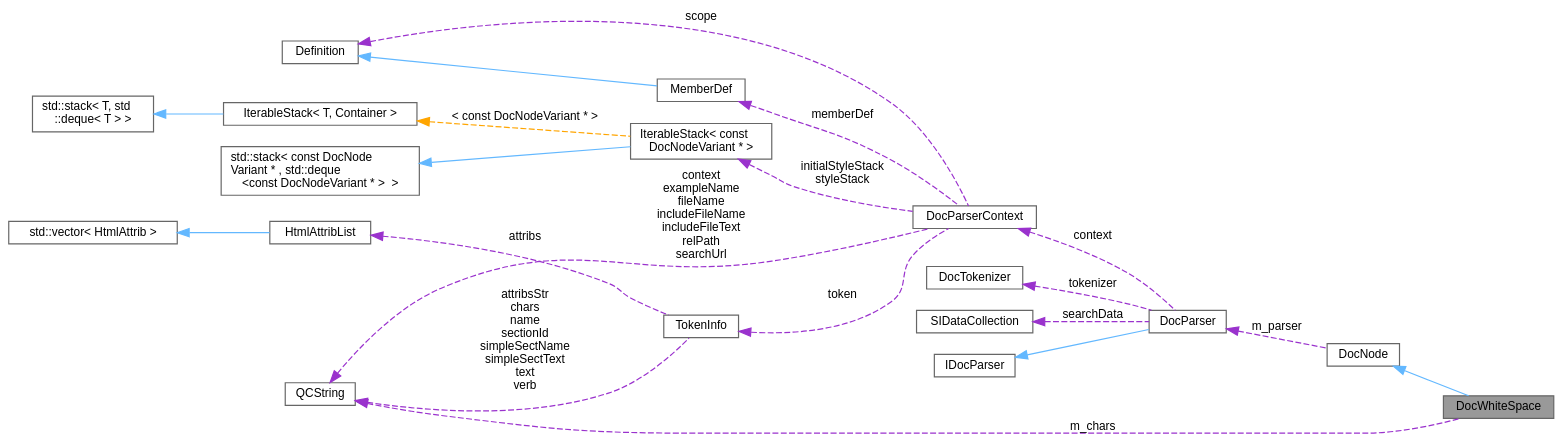
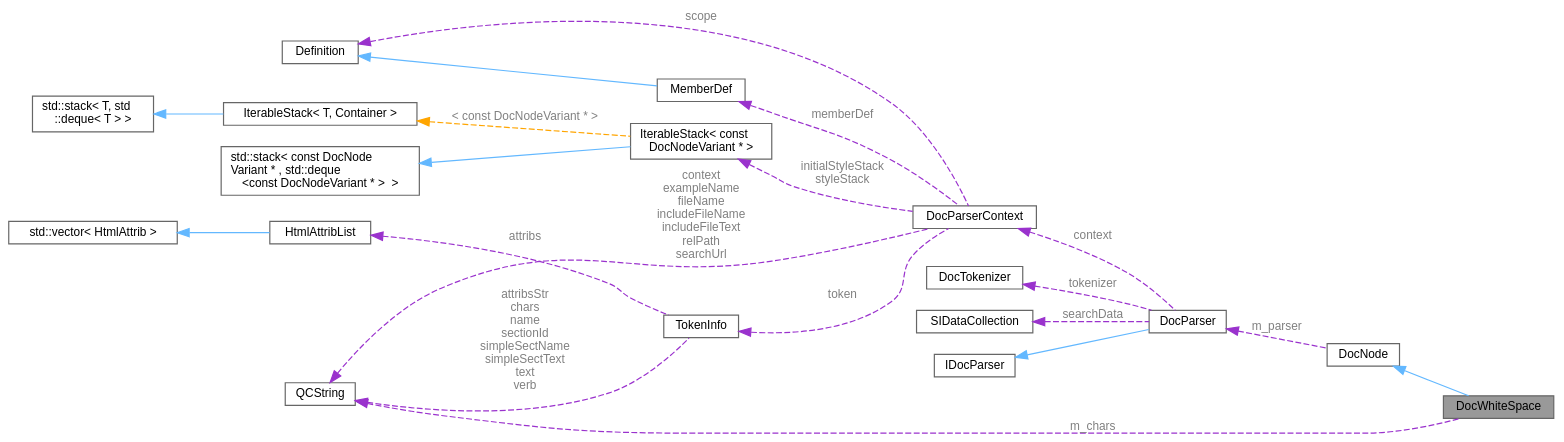
Before and after one commit to tim-gromeyer/doxygen: the diagram in d9/d83/class_doc_white_space__coll__graph.dot, drawn with Graphviz. The commit also changed 1823 other files, not shown here.

```diff
--- a/d9/d83/class_doc_white_space__coll__graph.dot
+++ b/d9/d83/class_doc_white_space__coll__graph.dot
@@ -1,45 +1,45 @@
 digraph "DocWhiteSpace"
 {
  // INTERACTIVE_SVG=YES
  // LATEX_PDF_SIZE
   bgcolor="transparent";
   edge [fontname=Helvetica,fontsize=10,labelfontname=Helvetica,labelfontsize=10];
   node [fontname=Helvetica,fontsize=10,shape=box,height=0.2,width=0.4];
   rankdir="LR";
   Node1 [label="DocWhiteSpace",height=0.2,width=0.4,color="gray40", fillcolor="grey60", style="filled", fontcolor="black",tooltip="Node representing some amount of white space."];
   Node2 -> Node1 [dir="back",color="steelblue1",style="solid"];
   Node2 [label="DocNode",height=0.2,width=0.4,color="gray40", fillcolor="white", style="filled",URL="$d9/d0e/class_doc_node.html",tooltip="Abstract node interface with type information."];
-  Node3 -> Node2 [dir="back",color="darkorchid3",style="dashed",label=" m_parser" ];
+  Node3 -> Node2 [dir="back",color="darkorchid3",style="dashed",label=" m_parser",fontcolor="grey" ];
   Node3 [label="DocParser",height=0.2,width=0.4,color="gray40", fillcolor="white", style="filled",URL="$da/d02/class_doc_parser.html",tooltip=" "];
   Node4 -> Node3 [dir="back",color="steelblue1",style="solid"];
   Node4 [label="IDocParser",height=0.2,width=0.4,color="gray40", fillcolor="white", style="filled",URL="$de/dad/class_i_doc_parser.html",tooltip="opaque parser interface"];
-  Node5 -> Node3 [dir="back",color="darkorchid3",style="dashed",label=" context" ];
+  Node5 -> Node3 [dir="back",color="darkorchid3",style="dashed",label=" context",fontcolor="grey" ];
   Node5 [label="DocParserContext",height=0.2,width=0.4,color="gray40", fillcolor="white", style="filled",URL="$d8/d7d/struct_doc_parser_context.html",tooltip="Parser's context to store all global variables."];
-  Node6 -> Node5 [dir="back",color="darkorchid3",style="dashed",label=" scope" ];
+  Node6 -> Node5 [dir="back",color="darkorchid3",style="dashed",label=" scope",fontcolor="grey" ];
   Node6 [label="Definition",height=0.2,width=0.4,color="gray40", fillcolor="white", style="filled",URL="$d5/dcc/class_definition.html",tooltip="The common base class of all entity definitions found in the sources."];
-  Node7 -> Node5 [dir="back",color="darkorchid3",style="dashed",label=" context\nexampleName\nfileName\nincludeFileName\nincludeFileText\nrelPath\nsearchUrl" ];
+  Node7 -> Node5 [dir="back",color="darkorchid3",style="dashed",label=" context\nexampleName\nfileName\nincludeFileName\nincludeFileText\nrelPath\nsearchUrl",fontcolor="grey" ];
   Node7 [label="QCString",height=0.2,width=0.4,color="gray40", fillcolor="white", style="filled",URL="$d9/d45/class_q_c_string.html",tooltip="This is an alternative implementation of QCString."];
-  Node8 -> Node5 [dir="back",color="darkorchid3",style="dashed",label=" initialStyleStack\nstyleStack" ];
+  Node8 -> Node5 [dir="back",color="darkorchid3",style="dashed",label=" initialStyleStack\nstyleStack",fontcolor="grey" ];
   Node8 [label="IterableStack\< const\l DocNodeVariant * \>",height=0.2,width=0.4,color="gray40", fillcolor="white", style="filled",URL="$d9/d82/class_iterable_stack.html",tooltip=" "];
   Node9 -> Node8 [dir="back",color="steelblue1",style="solid"];
   Node9 [label="std::stack\< const DocNode\lVariant * , std::deque\l\<const DocNodeVariant * \>  \>",height=0.2,width=0.4,color="gray40", fillcolor="white", style="filled",tooltip=" "];
-  Node10 -> Node8 [dir="back",color="orange",style="dashed",label=" \< const DocNodeVariant * \>" ];
+  Node10 -> Node8 [dir="back",color="orange",style="dashed",label=" \< const DocNodeVariant * \>",fontcolor="grey" ];
   Node10 [label="IterableStack\< T, Container \>",height=0.2,width=0.4,color="gray40", fillcolor="white", style="filled",URL="$d9/d82/class_iterable_stack.html",tooltip=" "];
   Node11 -> Node10 [dir="back",color="steelblue1",style="solid"];
   Node11 [label="std::stack\< T, std\l::deque\< T \> \>",height=0.2,width=0.4,color="gray40", fillcolor="white", style="filled",tooltip=" "];
-  Node12 -> Node5 [dir="back",color="darkorchid3",style="dashed",label=" memberDef" ];
+  Node12 -> Node5 [dir="back",color="darkorchid3",style="dashed",label=" memberDef",fontcolor="grey" ];
   Node12 [label="MemberDef",height=0.2,width=0.4,color="gray40", fillcolor="white", style="filled",URL="$da/d09/class_member_def.html",tooltip="A model of a class/file/namespace member symbol."];
   Node6 -> Node12 [dir="back",color="steelblue1",style="solid"];
-  Node13 -> Node5 [dir="back",color="darkorchid3",style="dashed",label=" token" ];
+  Node13 -> Node5 [dir="back",color="darkorchid3",style="dashed",label=" token",fontcolor="grey" ];
   Node13 [label="TokenInfo",height=0.2,width=0.4,color="gray40", fillcolor="white", style="filled",URL="$d6/df4/struct_token_info.html",tooltip="Data associated with a token used by the comment block parser."];
-  Node7 -> Node13 [dir="back",color="darkorchid3",style="dashed",label=" attribsStr\nchars\nname\nsectionId\nsimpleSectName\nsimpleSectText\ntext\nverb" ];
-  Node14 -> Node13 [dir="back",color="darkorchid3",style="dashed",label=" attribs" ];
+  Node7 -> Node13 [dir="back",color="darkorchid3",style="dashed",label=" attribsStr\nchars\nname\nsectionId\nsimpleSectName\nsimpleSectText\ntext\nverb",fontcolor="grey" ];
+  Node14 -> Node13 [dir="back",color="darkorchid3",style="dashed",label=" attribs",fontcolor="grey" ];
   Node14 [label="HtmlAttribList",height=0.2,width=0.4,color="gray40", fillcolor="white", style="filled",URL="$db/d4d/class_html_attrib_list.html",tooltip="Class representing a list of HTML attributes."];
   Node15 -> Node14 [dir="back",color="steelblue1",style="solid"];
   Node15 [label="std::vector\< HtmlAttrib \>",height=0.2,width=0.4,color="gray40", fillcolor="white", style="filled",tooltip=" "];
-  Node16 -> Node3 [dir="back",color="darkorchid3",style="dashed",label=" tokenizer" ];
+  Node16 -> Node3 [dir="back",color="darkorchid3",style="dashed",label=" tokenizer",fontcolor="grey" ];
   Node16 [label="DocTokenizer",height=0.2,width=0.4,color="gray40", fillcolor="white", style="filled",URL="$d1/d7f/class_doc_tokenizer.html",tooltip=" "];
-  Node17 -> Node3 [dir="back",color="darkorchid3",style="dashed",label=" searchData" ];
+  Node17 -> Node3 [dir="back",color="darkorchid3",style="dashed",label=" searchData",fontcolor="grey" ];
   Node17 [label="SIDataCollection",height=0.2,width=0.4,color="gray40", fillcolor="white", style="filled",URL="$d2/dc1/class_s_i_data_collection.html",tooltip=" "];
-  Node7 -> Node1 [dir="back",color="darkorchid3",style="dashed",label=" m_chars" ];
+  Node7 -> Node1 [dir="back",color="darkorchid3",style="dashed",label=" m_chars",fontcolor="grey" ];
 }
```
